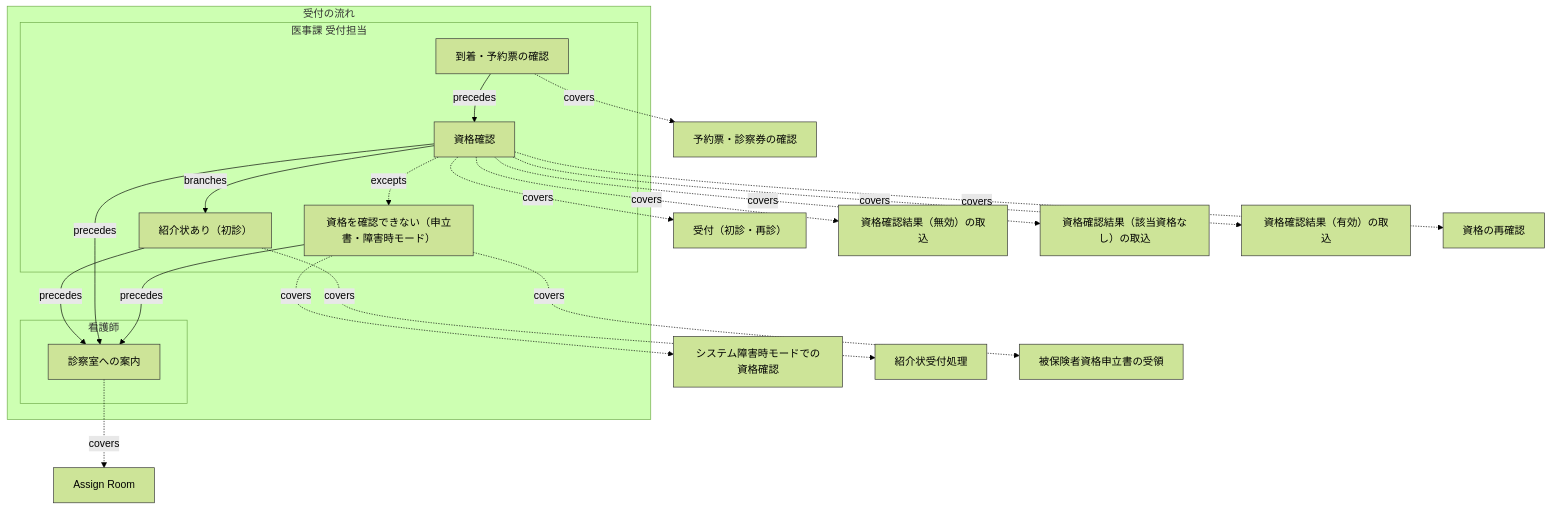
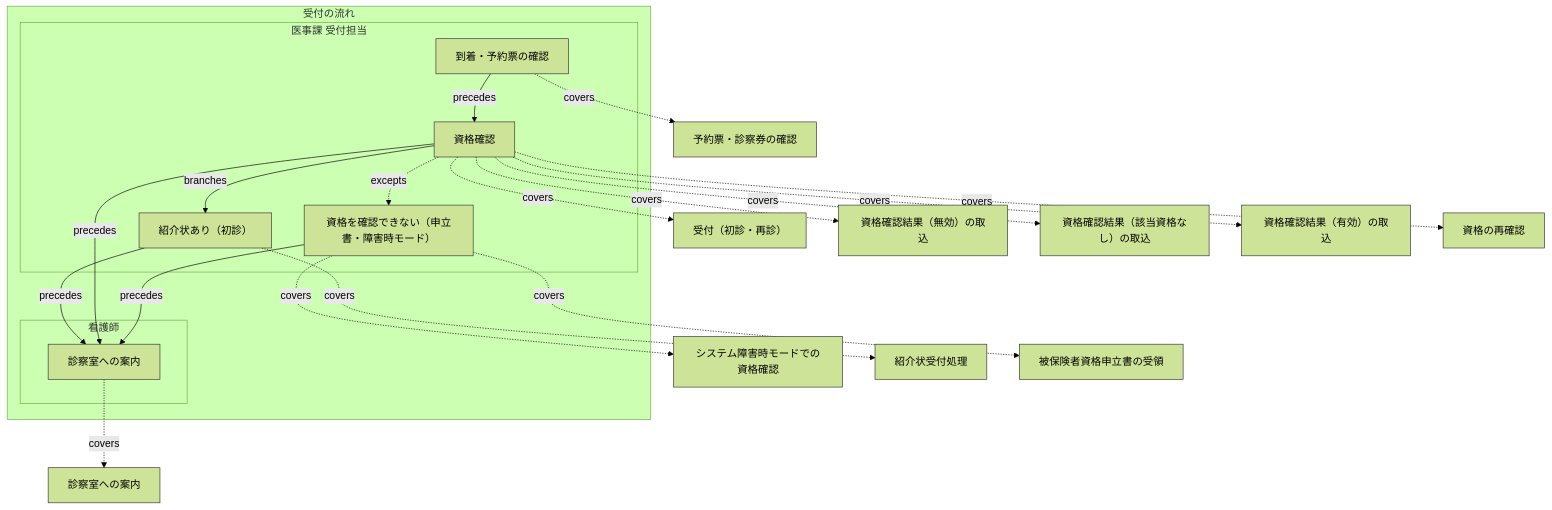
One commit to manji-0/rdra-ish-dsl changed the fifth of 11 diagrams in docs/diagram-sample-review.md. Above: the diagram before and after it, drawn with Mermaid (forest theme). The commit also changed other lines of this file and 41 other files, not shown here.

````diff
--- a/docs/diagram-sample-review.md
+++ b/docs/diagram-sample-review.md
@@ -352,49 +352,49 @@
 ```mermaid
 %% rdra-ish diagram=flow scope=buc:BucVisitCheckIn model=samples/clinic-ops
 %% kinds: flow step lane usecase
 %% omitted: buc
 flowchart TD
   subgraph flow__VisitCheckInFlow["受付の流れ"]
     subgraph lane__VisitCheckInFlow__Nurse["看護師"]
       %% lane lane__VisitCheckInFlow__Nurse: actor__Nurse
       step__RoomingStep["診察室への案内"]:::step
     end
     subgraph lane__VisitCheckInFlow__ReceptionClerk["医事課 受付担当"]
       %% lane lane__VisitCheckInFlow__ReceptionClerk: actor__ReceptionClerk
       step__ArrivalStep["到着・予約票の確認"]:::step
       step__DeclarationStep["資格を確認できない（申立書・障害時モード）"]:::step
       step__EligibilityStep["資格確認"]:::step
       step__ReferralStep["紹介状あり（初診）"]:::step
     end
   end
-  usecase__AssignRoom["Assign Room"]:::usecase
+  usecase__AssignRoom["診察室への案内"]:::usecase
   usecase__CheckInPatient["受付（初診・再診）"]:::usecase
   usecase__ConfirmEligibilityInOutageMode["システム障害時モードでの資格確認"]:::usecase
   usecase__ReceiveEligibilityInvalid["資格確認結果（無効）の取込"]:::usecase
   usecase__ReceiveEligibilityNoInfo["資格確認結果（該当資格なし）の取込"]:::usecase
   usecase__ReceiveEligibilityValid["資格確認結果（有効）の取込"]:::usecase
   usecase__ReceiveReferralLetter["紹介状受付処理"]:::usecase
   usecase__RecheckEligibility["資格の再確認"]:::usecase
   usecase__RecordEligibilityDeclaration["被保険者資格申立書の受領"]:::usecase
   usecase__VerifyArrival["予約票・診察券の確認"]:::usecase
   step__ArrivalStep -.->|covers| usecase__VerifyArrival
   step__ArrivalStep -->|precedes| step__EligibilityStep
   step__DeclarationStep -.->|covers| usecase__ConfirmEligibilityInOutageMode
   step__DeclarationStep -.->|covers| usecase__RecordEligibilityDeclaration
   step__DeclarationStep -->|precedes| step__RoomingStep
   step__EligibilityStep -->|branches| step__ReferralStep
   step__EligibilityStep -.->|covers| usecase__CheckInPatient
   step__EligibilityStep -.->|covers| usecase__ReceiveEligibilityInvalid
   step__EligibilityStep -.->|covers| usecase__ReceiveEligibilityNoInfo
   step__EligibilityStep -.->|covers| usecase__ReceiveEligibilityValid
   step__EligibilityStep -.->|covers| usecase__RecheckEligibility
   step__EligibilityStep -.->|excepts| step__DeclarationStep
   step__EligibilityStep -->|precedes| step__RoomingStep
   step__ReferralStep -.->|covers| usecase__ReceiveReferralLetter
   step__ReferralStep -->|precedes| step__RoomingStep
   step__RoomingStep -.->|covers| usecase__AssignRoom
   classDef flow stroke:#333;
   classDef step stroke:#333;
   classDef lane stroke:#333;
   classDef usecase stroke:#333;
 ```
````
